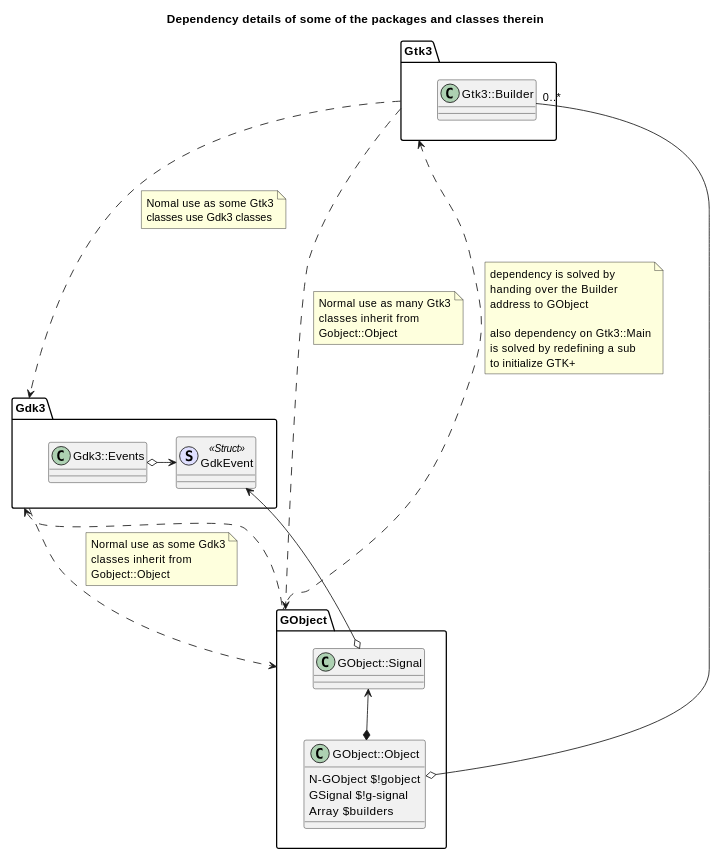
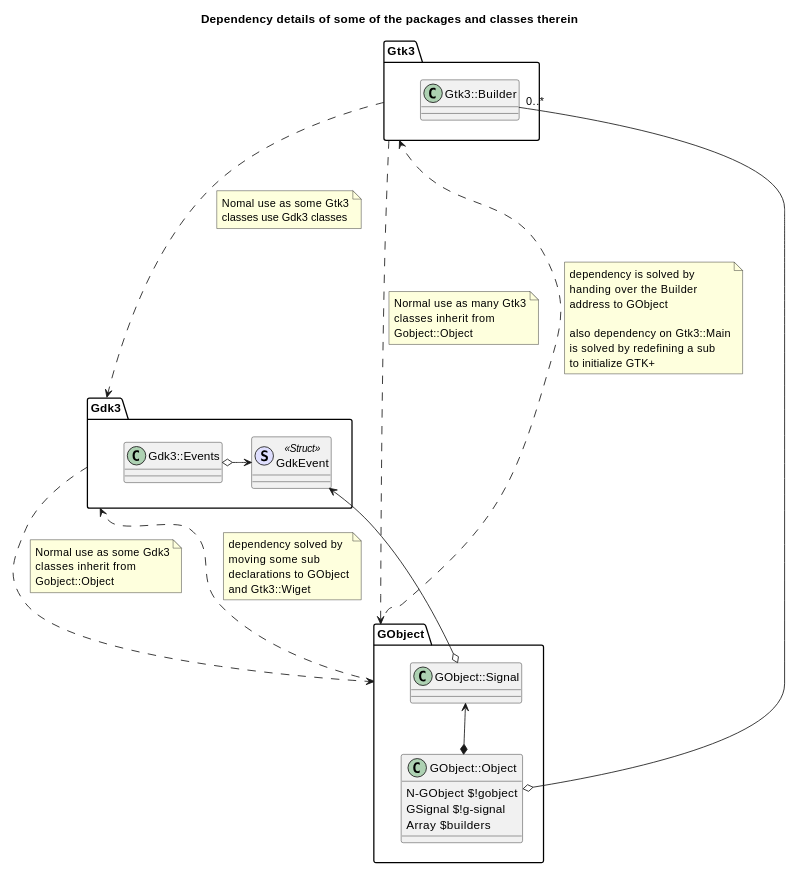
Before and after one commit to MARTIMM/gnome-gtk3: the fifth of 5 diagrams in Design-docs/Design.md, drawn with PlantUML.

Commit message:
added a note on a link

````diff
--- a/Design-docs/Design.md
+++ b/Design-docs/Design.md
@@ -142,70 +142,76 @@
 ```plantuml
 scale 0.7
 title Dependency details of some of the packages and classes therein
 
 
 package Gtk3 {
   class Gtk3::Builder
 
   'Gtk3::Builder .. dep1
 }
 
 package Gdk3 {
   class Gdk3::Events
 
   class GdkEvent << (S, #dfdfff) Struct >>
 }
 
 package GObject {
   class GObject::Object {
     N-GObject $!gobject
     GSignal $!g-signal
     Array $builders
   }
 
   'hide members
   class GObject::Signal
 }
 
 'class usage
 Gtk3::Builder "0..*" --o GObject::Object
 'Gtk3::Builder --|> GObject::Object
 'GObject::Object *-> GObject::Signal
 GObject::Signal <--* GObject::Object
 GObject::Signal o--> "GdkEvent"
 Gdk3::Events o-> GdkEvent
 
 'package dependencies
 Gtk3 ...> Gdk3
 note right on link
   Nomal use as some Gtk3
   classes use Gdk3 classes
 end note
 
 Gtk3 ...> GObject
 note right on link
   Normal use as many Gtk3
   classes inherit from
   Gobject::Object
 end note
 
 Gtk3 <... GObject
 note right on link
   dependency is solved by
   handing over the Builder
   address to GObject
 
   also dependency on Gtk3::Main
   is solved by redefining a sub
   to initialize GTK+
 end note
 
 Gdk3 ..> GObject
 note right on link
   Normal use as some Gdk3
   classes inherit from
   Gobject::Object
 end note
 
 Gdk3 <.. GObject
+note right on link
+  dependency solved by
+  moving some sub
+  declarations to GObject
+  and Gtk3::Wiget
+end note
 ```
````
